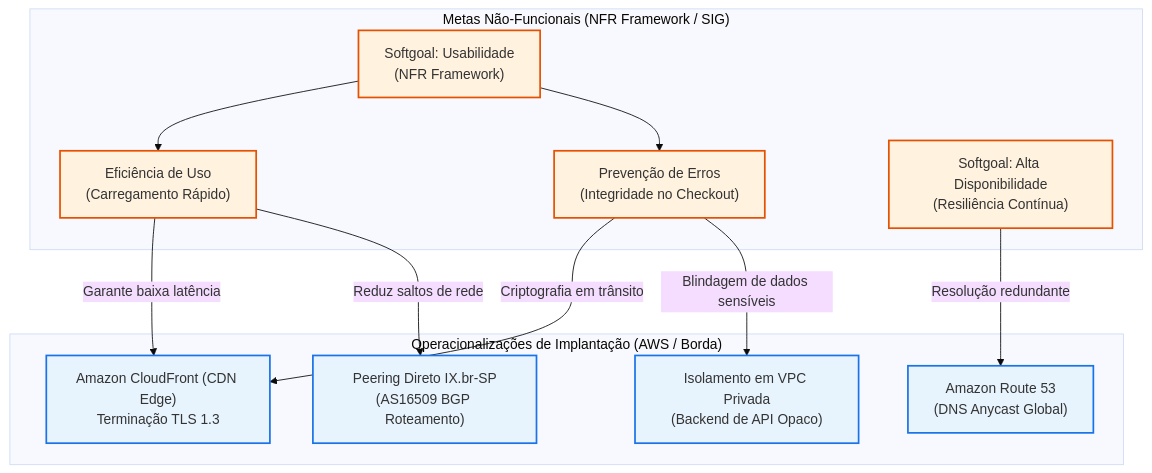
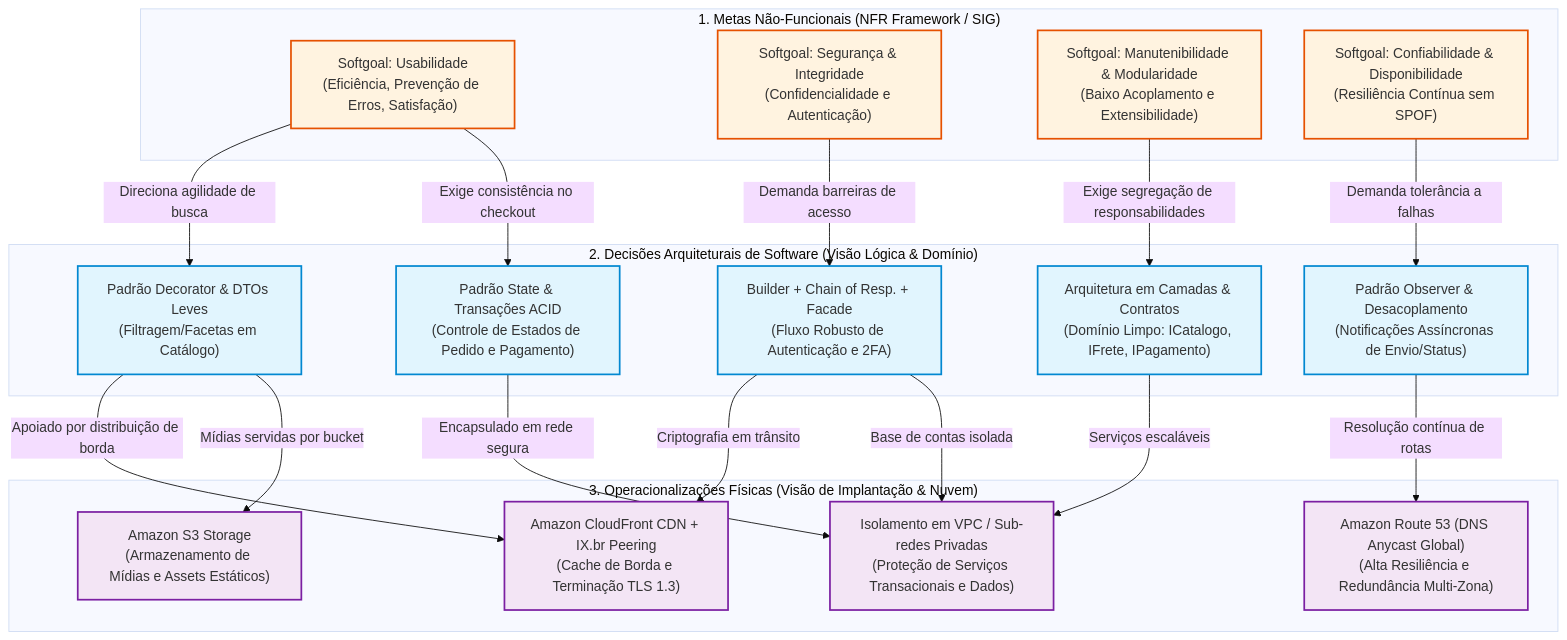
Before and after one commit to UnBArqDsw2026-2-Turma01/2026.2-T01-_G1_ProjetoComercioEletronico_Entrega_04: the second of 7 diagrams in docs/Base/Relatórios/1.1.1.DAS.md, drawn with Mermaid (base theme). The commit also changed other lines of this file and 10 other files, not shown here.

````diff
--- a/docs/Base/Relatórios/1.1.1.DAS.md
+++ b/docs/Base/Relatórios/1.1.1.DAS.md
@@ -212,31 +257,46 @@
 ```mermaid
 flowchart TD
-  subgraph NFR_Goals["Metas Não-Funcionais (NFR Framework / SIG)"]
-    USA["Softgoal: Usabilidade<br>(NFR Framework)"]
-    EFI["Eficiência de Uso<br>(Carregamento Rápido)"]
-    PREV["Prevenção de Erros<br>(Integridade no Checkout)"]
-    DISP["Softgoal: Alta Disponibilidade<br>(Resiliência Contínua)"]
-
-    USA --> EFI
-    USA --> PREV
+  subgraph NFR_Goals["1. Metas Não-Funcionais (NFR Framework / SIG)"]
+    USA["Softgoal: Usabilidade<br>(Eficiência, Prevenção de Erros, Satisfação)"]
+    SEC["Softgoal: Segurança & Integridade<br>(Confidencialidade e Autenticação)"]
+    MAN["Softgoal: Manutenibilidade & Modularidade<br>(Baixo Acoplamento e Extensibilidade)"]
+    DISP["Softgoal: Confiabilidade & Disponibilidade<br>(Resiliência Contínua sem SPOF)"]
   end
 
-  subgraph Architecture_Ops["Operacionalizações de Implantação (AWS / Borda)"]
-    CF["Amazon CloudFront (CDN Edge)<br>Terminação TLS 1.3"]
-    IX["Peering Direto IX.br-SP<br>(AS16509 BGP Roteamento)"]
-    R53["Amazon Route 53<br>(DNS Anycast Global)"]
-    VPC["Isolamento em VPC Privada<br>(Backend de API Opaco)"]
+  subgraph Software_Decisions["2. Decisões Arquiteturais de Software (Visão Lógica & Domínio)"]
+    DEC_DECORATOR["Padrão Decorator & DTOs Leves<br>(Filtragem/Facetas em Catálogo)"]
+    DEC_STATE_ACID["Padrão State & Transações ACID<br>(Controle de Estados de Pedido e Pagamento)"]
+    DEC_AUTH_PATTERNS["Builder + Chain of Resp. + Facade<br>(Fluxo Robusto de Autenticação e 2FA)"]
+    DEC_LAYERS_CONTRATOS["Arquitetura em Camadas & Contratos<br>(Domínio Limpo: ICatalogo, IFrete, IPagamento)"]
+    DEC_OBSERVER_RESIL["Padrão Observer & Desacoplamento<br>(Notificações Assíncronas de Envio/Status)"]
   end
 
-  EFI -->|Garante baixa latência| CF
-  EFI -->|Reduz saltos de rede| IX
-  PREV -->|Criptografia em trânsito| CF
-  PREV -->|Blindagem de dados sensíveis| VPC
-  DISP -->|Resolução redundante| R53
+  subgraph Infra_Ops["3. Operacionalizações Físicas (Visão de Implantação & Nuvem)"]
+    CF_IX["Amazon CloudFront CDN + IX.br Peering<br>(Cache de Borda e Terminação TLS 1.3)"]
+    VPC_PRIV["Isolamento em VPC / Sub-redes Privadas<br>(Proteção de Serviços Transacionais e Dados)"]
+    R53_ANYCAST["Amazon Route 53 (DNS Anycast Global)<br>(Alta Resiliência e Redundância Multi-Zona)"]
+    S3_STORAGE["Amazon S3 Storage<br>(Armazenamento de Mídias e Assets Estáticos)"]
+  end
+
+  USA -->|Direciona agilidade de busca| DEC_DECORATOR
+  USA -->|Exige consistência no checkout| DEC_STATE_ACID
+  SEC -->|Demanda barreiras de acesso| DEC_AUTH_PATTERNS
+  MAN -->|Exige segregação de responsabilidades| DEC_LAYERS_CONTRATOS
+  DISP -->|Demanda tolerância a falhas| DEC_OBSERVER_RESIL
+
+  DEC_DECORATOR -->|Apoiado por distribuição de borda| CF_IX
+  DEC_DECORATOR -->|Mídias servidas por bucket| S3_STORAGE
+  DEC_STATE_ACID -->|Encapsulado em rede segura| VPC_PRIV
+  DEC_AUTH_PATTERNS -->|Criptografia em trânsito| CF_IX
+  DEC_AUTH_PATTERNS -->|Base de contas isolada| VPC_PRIV
+  DEC_LAYERS_CONTRATOS -->|Serviços escaláveis| VPC_PRIV
+  DEC_OBSERVER_RESIL -->|Resolução contínua de rotas| R53_ANYCAST
 
   classDef softgoal fill:#fff3e0,stroke:#e65100,stroke-width:2px;
-  classDef opNode fill:#e8f4fd,stroke:#1a73e8,stroke-width:2px;
+  classDef softDesign fill:#e1f5fe,stroke:#0288d1,stroke-width:2px;
+  classDef infraNode fill:#f3e5f5,stroke:#7b1fa2,stroke-width:2px;
 
-  class USA,EFI,PREV,DISP softgoal;
-  class CF,IX,R53,VPC opNode;
+  class USA,SEC,MAN,DISP softgoal;
+  class DEC_DECORATOR,DEC_STATE_ACID,DEC_AUTH_PATTERNS,DEC_LAYERS_CONTRATOS,DEC_OBSERVER_RESIL softDesign;
+  class CF_IX,VPC_PRIV,R53_ANYCAST,S3_STORAGE infraNode;
 ```
````
